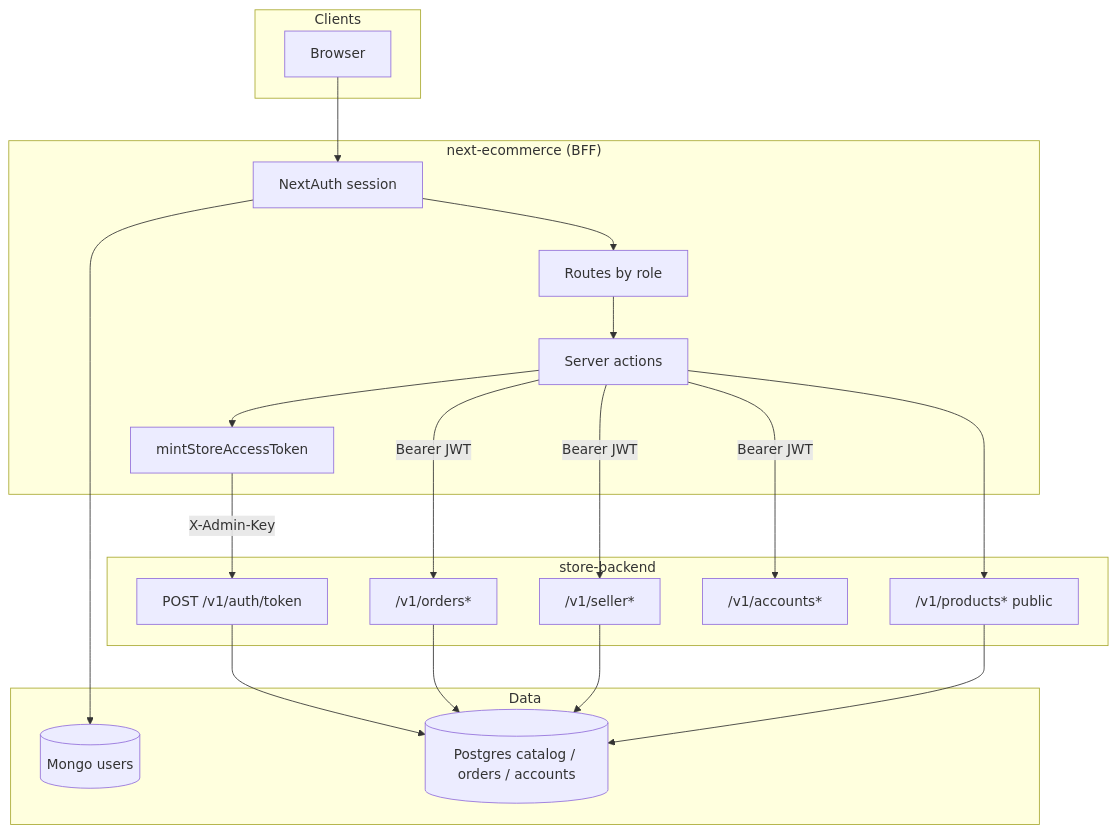
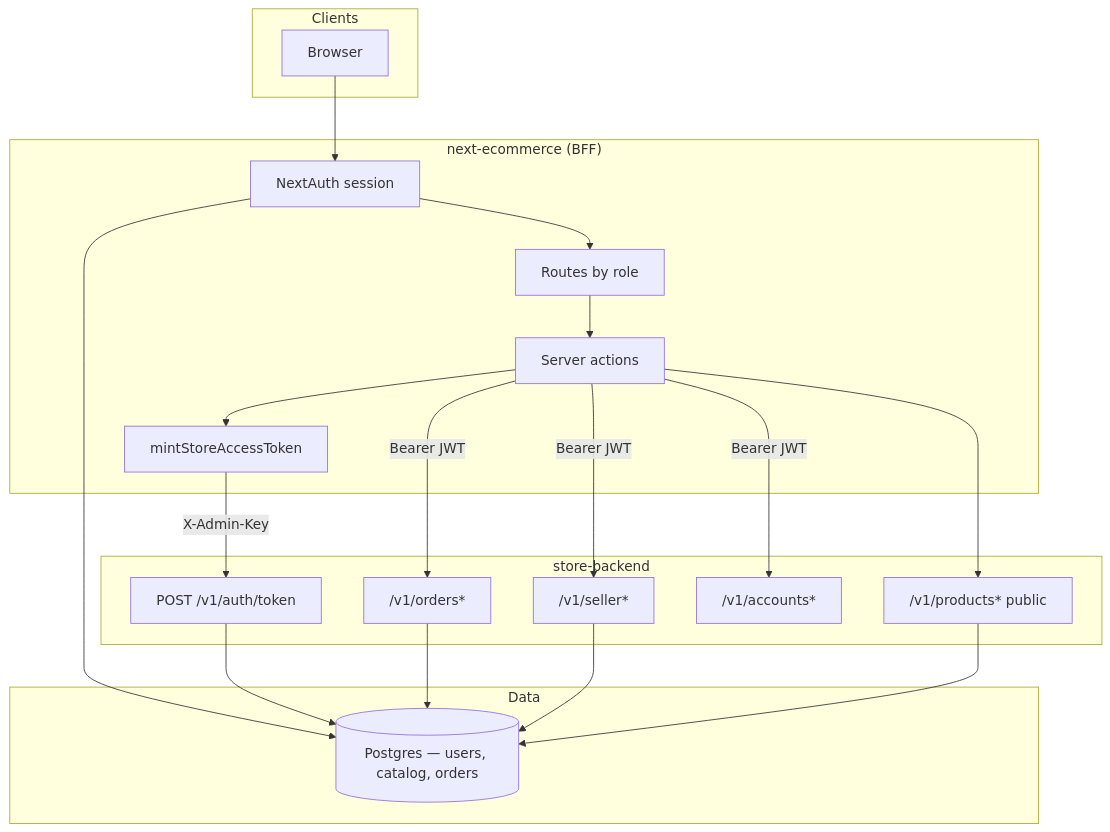
The first of 7 diagrams in ROLES.md (Quan-Trancs/ecommerce), drawn with Mermaid before and after one commit. The commit also changed other lines of this file and 26 other files, not shown here.

````diff
--- a/ROLES.md
+++ b/ROLES.md
@@ -17,41 +17,40 @@
 ```mermaid
 flowchart TB
   subgraph Clients
     Browser[Browser]
   end
 
   subgraph FE["next-ecommerce (BFF)"]
     NextAuth[NextAuth session]
     Routes["Routes by role"]
     Actions[Server actions]
     Mint["mintStoreAccessToken"]
   end
 
   subgraph BE["store-backend"]
     AuthAPI["POST /v1/auth/token"]
     Orders["/v1/orders*"]
     Seller["/v1/seller*"]
     Accounts["/v1/accounts*"]
     Catalog["/v1/products* public"]
   end
 
   subgraph Data
-    Mongo[(Mongo users)]
-    PG[(Postgres catalog / orders / accounts)]
+    PG[(Postgres — users, catalog, orders)]
   end
 
   Browser --> NextAuth
-  NextAuth --> Mongo
+  NextAuth --> PG
   NextAuth --> Routes
   Routes --> Actions
   Actions --> Mint
   Mint -->|"X-Admin-Key"| AuthAPI
   AuthAPI --> PG
   Actions -->|"Bearer JWT"| Orders
   Actions -->|"Bearer JWT"| Seller
   Actions -->|"Bearer JWT"| Accounts
   Actions --> Catalog
   Orders --> PG
   Seller --> PG
   Catalog --> PG
 ```
````
